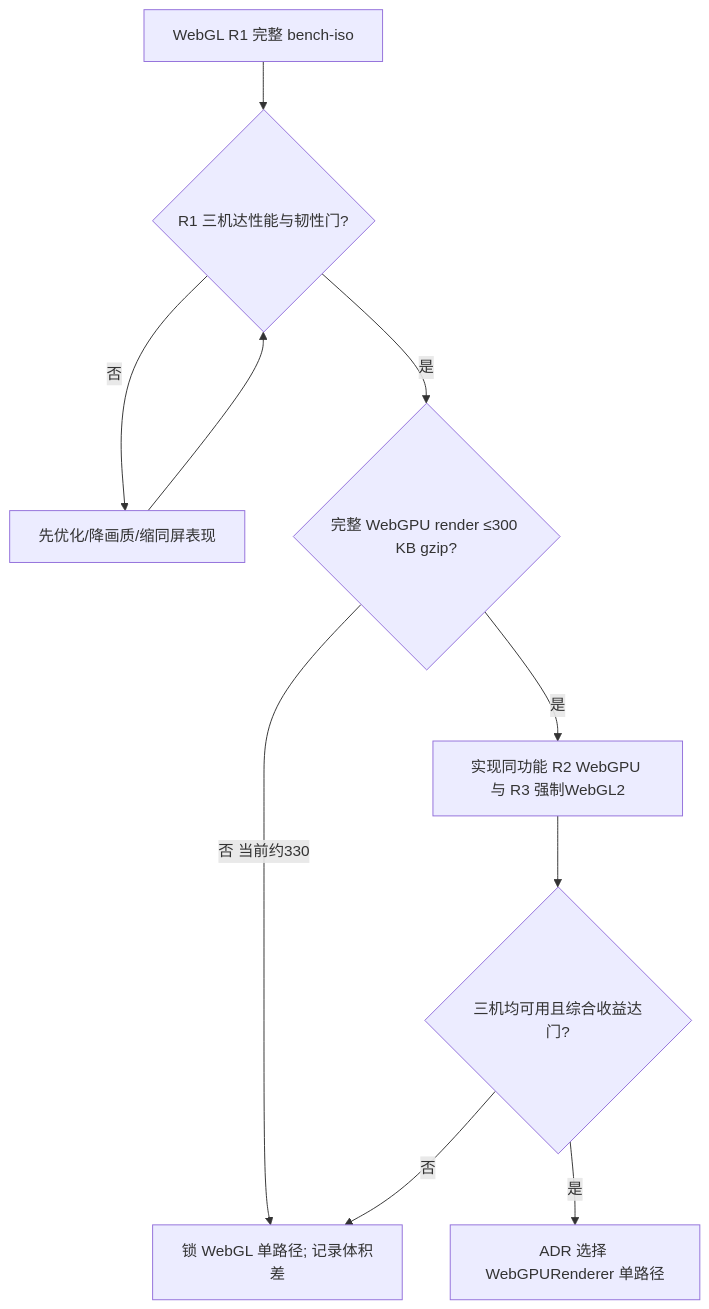
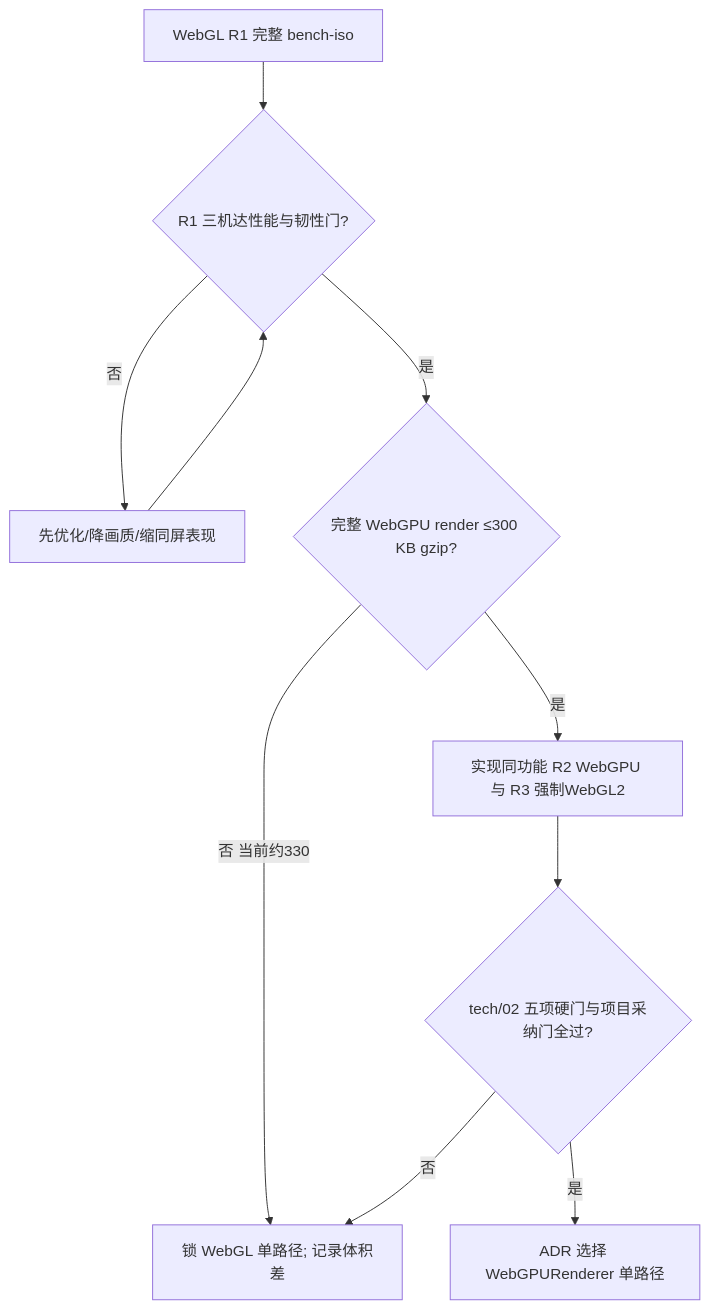
One commit to radarxc/jinyongqunxia changed the second of 2 diagrams in docs/tech/09-roadmap.md. Above: the diagram before and after it, drawn with Mermaid. The commit also changed other lines of this file and 1 other file, not shown here.

First line of the commit message:
agents(E3.R): 审校 · tech/09 路线图（bench-iso 闸门 → 天龙垂直切片 → 逐书界扩展）

````diff
--- a/docs/tech/09-roadmap.md
+++ b/docs/tech/09-roadmap.md
@@ -219,12 +219,12 @@
 ```mermaid
 flowchart TD
   A[WebGL R1 完整 bench-iso] --> B{R1 三机达性能与韧性门?}
   B -- 否 --> C[先优化/降画质/缩同屏表现]
   C --> B
   B -- 是 --> D{完整 WebGPU render ≤300 KB gzip?}
   D -- 否 当前约330 --> E[锁 WebGL 单路径; 记录体积差]
   D -- 是 --> F[实现同功能 R2 WebGPU 与 R3 强制WebGL2]
-  F --> G{三机均可用且综合收益达门?}
+  F --> G{tech/02 五项硬门与项目采纳门全过?}
   G -- 否 --> E
   G -- 是 --> H[ADR 选择 WebGPURenderer 单路径]
 ```
````
